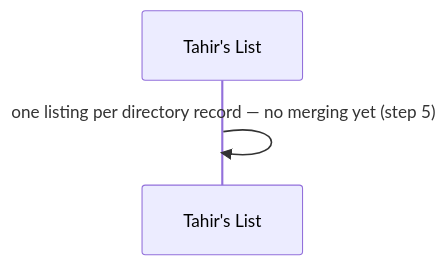
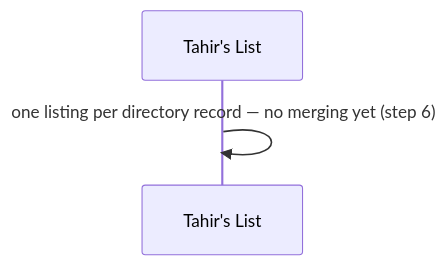
The second of 12 diagrams in docs/features/SC-211/04-blackbox/UC-01-run-sample-directory-ingestion.md (Losers-Lab/tahirs-list), drawn with Mermaid before and after one commit. The commit also changed other lines of this file and 8 other files, not shown here.

````diff
--- a/docs/features/SC-211/04-blackbox/UC-01-run-sample-directory-ingestion.md
+++ b/docs/features/SC-211/04-blackbox/UC-01-run-sample-directory-ingestion.md
@@ -31,5 +33,5 @@
 ```mermaid
 sequenceDiagram
   participant TL as Tahir's List
-  TL->>TL: one listing per directory record — no merging yet (step 5)
+  TL->>TL: one listing per directory record — no merging yet (step 6)
 ```
````
